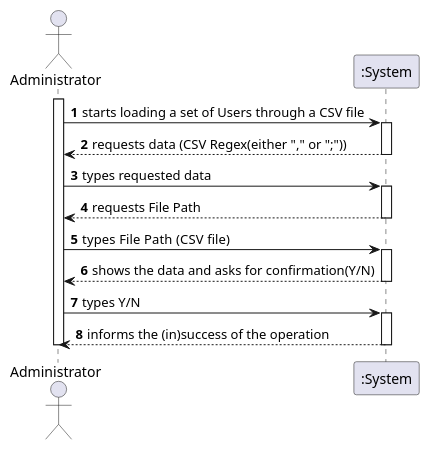
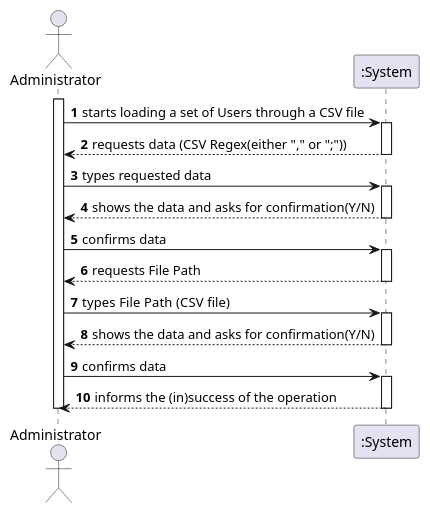
The diagram in docs/SprintC/US/US14/US014_SSD.puml (PedroMesquita1211171/VaccinationManager), drawn with PlantUML before and after one commit. The commit also changed 14 other files, not shown here.

```diff
--- a/docs/SprintC/US/US14/US014_SSD.puml
+++ b/docs/SprintC/US/US14/US014_SSD.puml
@@ -1,28 +1,32 @@
 @startuml
 autonumber
 actor "Administrator" as adm
 
 activate adm
 adm -> ":System" : starts loading a set of Users through a CSV file
 activate ":System"
 ":System" --> adm : requests data (CSV Regex(either "," or ";"))
 deactivate ":System"
 
 adm -> ":System" : types requested data
 activate ":System"
+":System" --> adm : shows the data and asks for confirmation(Y/N)
+deactivate ":System"
+adm -> ":System" : confirms data
+activate ":System"
 ":System" --> adm : requests File Path
 deactivate ":System"
 
 adm -> ":System" : types File Path  (CSV file)
 activate ":System"
 ":System" --> adm : shows the data and asks for confirmation(Y/N)
 deactivate ":System"
 
-adm -> ":System" : types Y/N
+adm -> ":System" : confirms data
 activate ":System"
 ":System" --> adm : informs the (in)success of the operation
 deactivate ":System"
 
 deactivate adm
 
 @enduml
```
